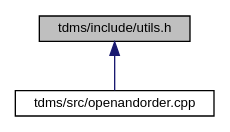
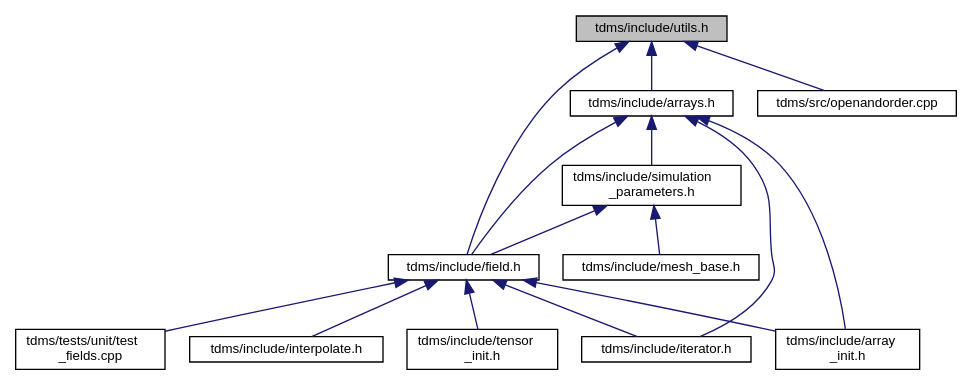
Before and after one commit to UCL/TDMS: the diagram in utils_8h__dep__incl.dot, drawn with Graphviz. The commit also changed 386 other files, not shown here.

```diff
--- a/utils_8h__dep__incl.dot
+++ b/utils_8h__dep__incl.dot
@@ -1,9 +1,31 @@
 digraph "tdms/include/utils.h"
 {
  // LATEX_PDF_SIZE
   edge [fontname="Helvetica",fontsize="10",labelfontname="Helvetica",labelfontsize="10"];
   node [fontname="Helvetica",fontsize="10",shape=record];
   Node1 [label="tdms/include/utils.h",height=0.2,width=0.4,color="black", fillcolor="grey75", style="filled", fontcolor="black",tooltip="Useful miscellaneous utility functions."];
   Node1 -> Node2 [dir="back",color="midnightblue",fontsize="10",style="solid",fontname="Helvetica"];
-  Node2 [label="tdms/src/openandorder.cpp",height=0.2,width=0.4,color="black", fillcolor="white", style="filled",URL="$openandorder_8cpp.html",tooltip="Launch and file IO."];
+  Node2 [label="tdms/include/arrays.h",height=0.2,width=0.4,color="black", fillcolor="white", style="filled",URL="$arrays_8h_source.html",tooltip=" "];
+  Node2 -> Node3 [dir="back",color="midnightblue",fontsize="10",style="solid",fontname="Helvetica"];
+  Node3 [label="tdms/include/array\l_init.h",height=0.2,width=0.4,color="black", fillcolor="white", style="filled",URL="$array__init_8h_source.html",tooltip=" "];
+  Node2 -> Node4 [dir="back",color="midnightblue",fontsize="10",style="solid",fontname="Helvetica"];
+  Node4 [label="tdms/include/field.h",height=0.2,width=0.4,color="black", fillcolor="white", style="filled",URL="$field_8h.html",tooltip="Classes for the electric and magnetic (split) fields on a grid."];
+  Node4 -> Node3 [dir="back",color="midnightblue",fontsize="10",style="solid",fontname="Helvetica"];
+  Node4 -> Node5 [dir="back",color="midnightblue",fontsize="10",style="solid",fontname="Helvetica"];
+  Node5 [label="tdms/include/interpolate.h",height=0.2,width=0.4,color="black", fillcolor="white", style="filled",URL="$interpolate_8h.html",tooltip="Interpolation of field values within FDTD grid."];
+  Node4 -> Node6 [dir="back",color="midnightblue",fontsize="10",style="solid",fontname="Helvetica"];
+  Node6 [label="tdms/include/iterator.h",height=0.2,width=0.4,color="black", fillcolor="white", style="filled",URL="$iterator_8h.html",tooltip="The main time propogation algorithm."];
+  Node4 -> Node7 [dir="back",color="midnightblue",fontsize="10",style="solid",fontname="Helvetica"];
+  Node7 [label="tdms/include/tensor\l_init.h",height=0.2,width=0.4,color="black", fillcolor="white", style="filled",URL="$tensor__init_8h_source.html",tooltip=" "];
+  Node4 -> Node8 [dir="back",color="midnightblue",fontsize="10",style="solid",fontname="Helvetica"];
+  Node8 [label="tdms/tests/unit/test\l_fields.cpp",height=0.2,width=0.4,color="black", fillcolor="white", style="filled",URL="$test__fields_8cpp.html",tooltip="Test of the Field class and subclasses."];
+  Node2 -> Node9 [dir="back",color="midnightblue",fontsize="10",style="solid",fontname="Helvetica"];
+  Node9 [label="tdms/include/simulation\l_parameters.h",height=0.2,width=0.4,color="black", fillcolor="white", style="filled",URL="$simulation__parameters_8h.html",tooltip="Classes collecting parameters for the simulation."];
+  Node9 -> Node4 [dir="back",color="midnightblue",fontsize="10",style="solid",fontname="Helvetica"];
+  Node9 -> Node10 [dir="back",color="midnightblue",fontsize="10",style="solid",fontname="Helvetica"];
+  Node10 [label="tdms/include/mesh_base.h",height=0.2,width=0.4,color="black", fillcolor="white", style="filled",URL="$mesh__base_8h.html",tooltip="TODO: what are these functions?"];
+  Node2 -> Node6 [dir="back",color="midnightblue",fontsize="10",style="solid",fontname="Helvetica"];
+  Node1 -> Node4 [dir="back",color="midnightblue",fontsize="10",style="solid",fontname="Helvetica"];
+  Node1 -> Node11 [dir="back",color="midnightblue",fontsize="10",style="solid",fontname="Helvetica"];
+  Node11 [label="tdms/src/openandorder.cpp",height=0.2,width=0.4,color="black", fillcolor="white", style="filled",URL="$openandorder_8cpp.html",tooltip="Launch and file IO."];
 }
```
